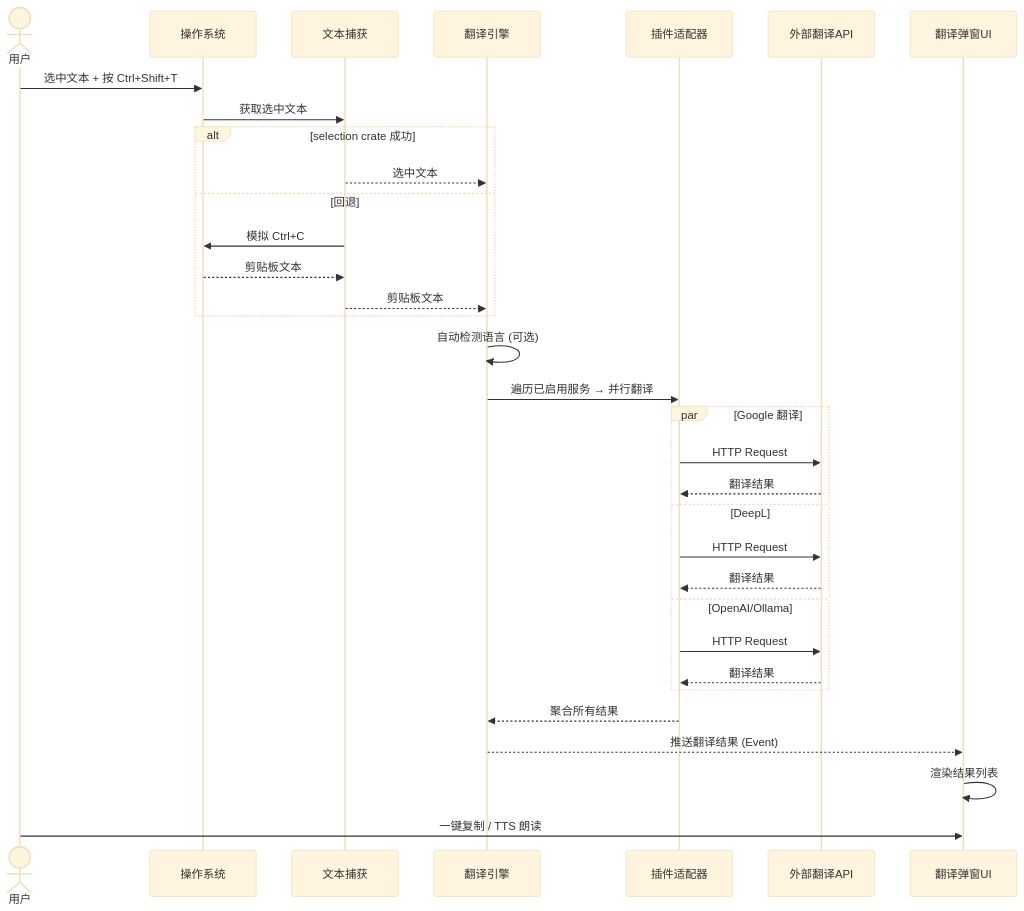
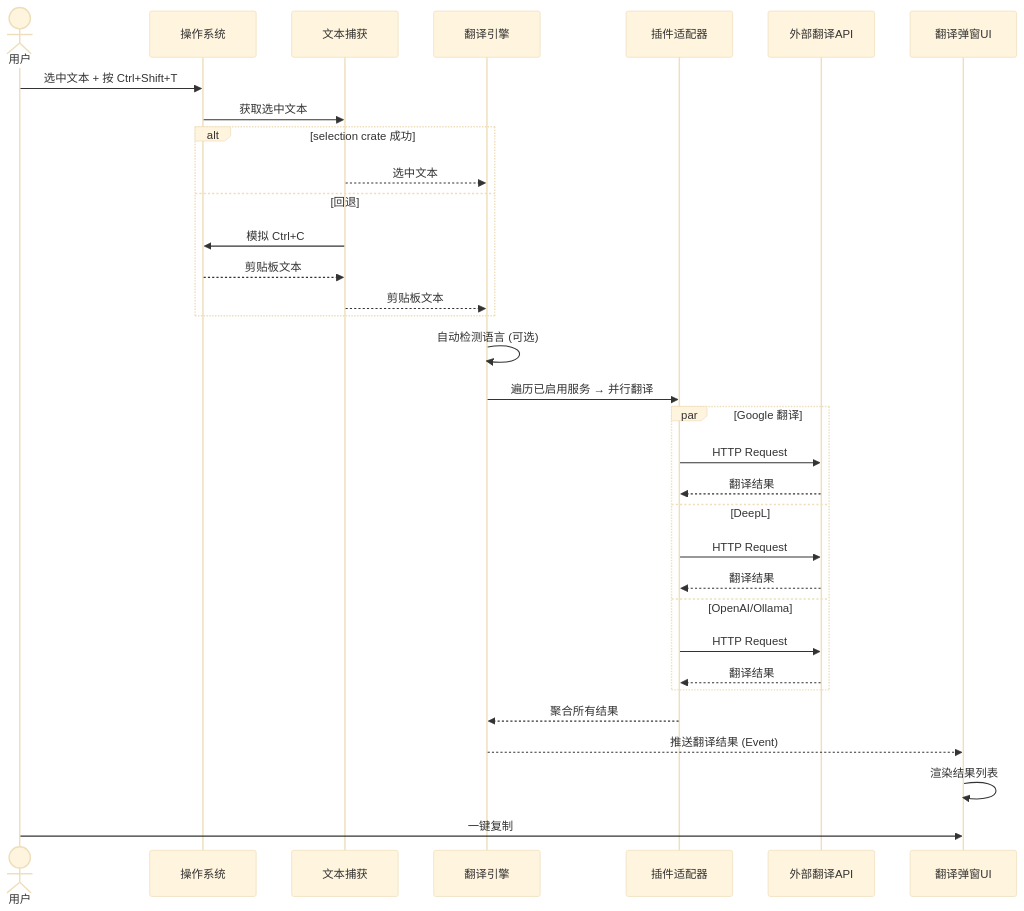
The third of 5 diagrams in docs/architecture.md (coutcin-xw/Transight), drawn with Mermaid (base theme) before and after one commit. The commit also changed other lines of this file and 18 other files, not shown here.

````diff
--- a/docs/architecture.md
+++ b/docs/architecture.md
@@ -111,36 +114,36 @@
 ```mermaid
 sequenceDiagram
     actor User as 用户
     participant OS as 操作系统
     participant Selection as 文本捕获
     participant Engine as 翻译引擎
     participant Adapters as 插件适配器
     participant APIs as 外部翻译API
     participant UI as 翻译弹窗UI
 
     User->>OS: 选中文本 + 按 Ctrl+Shift+T
     OS->>Selection: 获取选中文本
     alt selection crate 成功
         Selection-->>Engine: 选中文本
     else 回退
         Selection->>OS: 模拟 Ctrl+C
         OS-->>Selection: 剪贴板文本
         Selection-->>Engine: 剪贴板文本
     end
     Engine->>Engine: 自动检测语言 (可选)
     Engine->>Adapters: 遍历已启用服务 → 并行翻译
     par Google 翻译
         Adapters->>APIs: HTTP Request
         APIs-->>Adapters: 翻译结果
     and DeepL
         Adapters->>APIs: HTTP Request
         APIs-->>Adapters: 翻译结果
     and OpenAI/Ollama
         Adapters->>APIs: HTTP Request
         APIs-->>Adapters: 翻译结果
     end
     Adapters-->>Engine: 聚合所有结果
     Engine-->>UI: 推送翻译结果 (Event)
     UI->>UI: 渲染结果列表
-    User->>UI: 一键复制 / TTS 朗读
+    User->>UI: 一键复制
 ```
````
